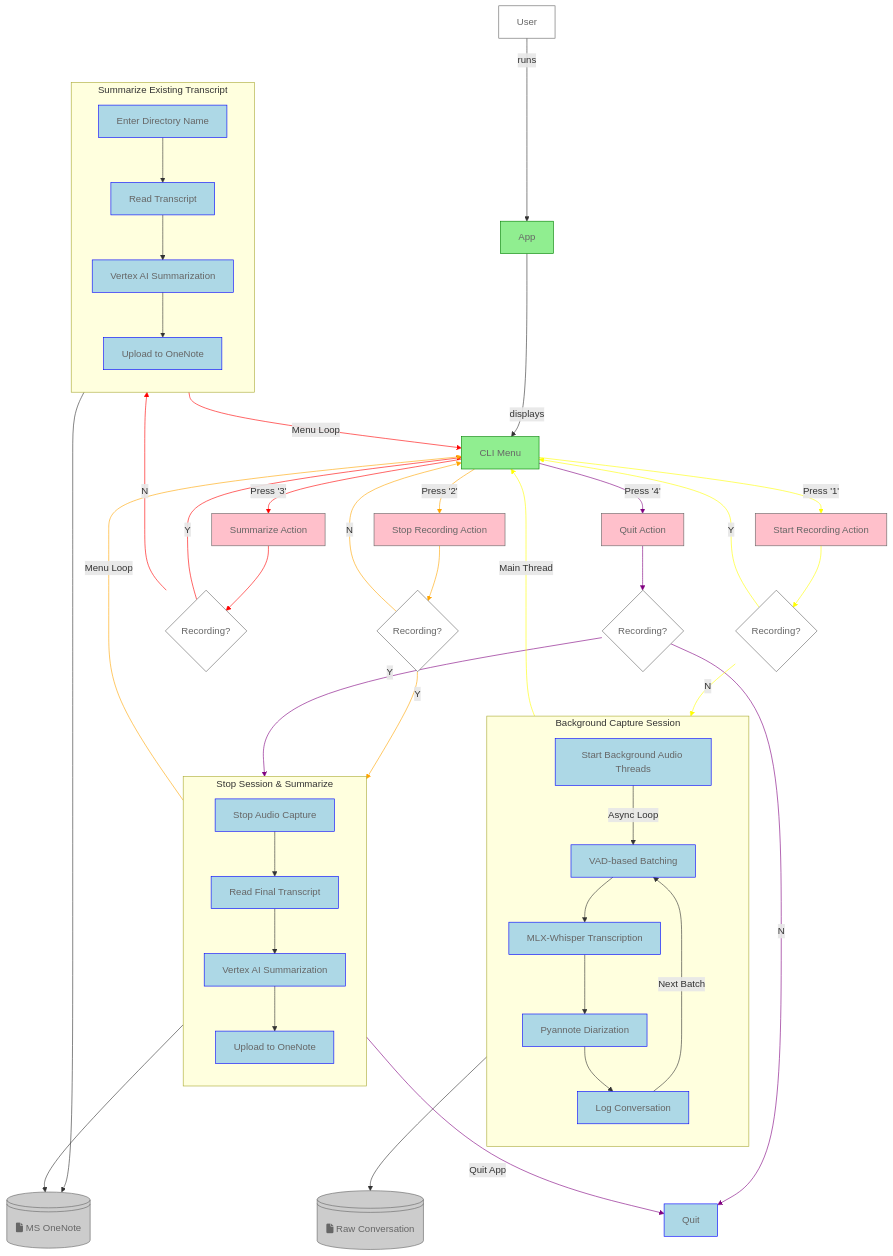
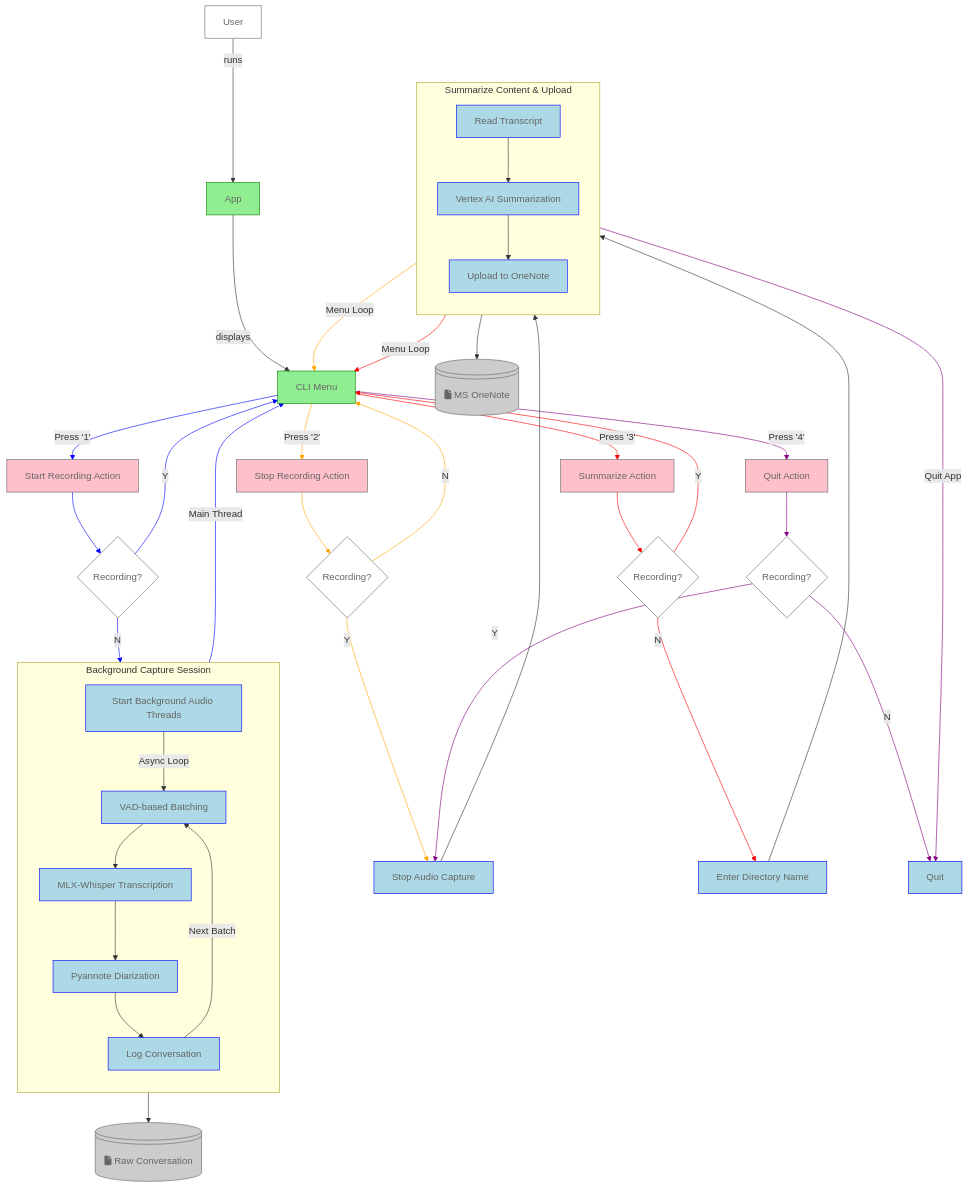
Before and after one commit to choonchernlim/you-talk-too-much-app: the diagram in README.md, drawn with Mermaid.

Commit message:
feat: add summarization feature for existing transcripts and update CLI menu

```diff
--- a/README.md
+++ b/README.md
@@ -49,21 +49,15 @@
        STEP1E[Log Conversation]:::toolClass
    end
 
-   subgraph StopProcess[Stop Session & Summarize]
+   STEP2A[Stop Audio Capture]:::toolClass
+   subgraph StopProcess[Summarize Content & Upload]
        direction TB
-       STEP2A[Stop Audio Capture]:::toolClass
-       STEP2B[Read Final Transcript]:::toolClass
+       STEP2B[Read Transcript]:::toolClass
        STEP2C[Vertex AI Summarization]:::toolClass
        STEP2D[Upload to OneNote]:::toolClass
    end
 
-   subgraph SummarizeProcess[Summarize Existing Transcript]
-       direction TB
-       STEP3A[Enter Directory Name]:::toolClass
-       STEP3B[Read Transcript]:::toolClass
-       STEP3C[Vertex AI Summarization]:::toolClass
-       STEP3D[Upload to OneNote]:::toolClass
-   end
+   STEP3A[Enter Directory Name]:::toolClass
 
    A -- runs --> APP
    APP -- displays --> MENU
@@ -97,12 +91,8 @@
    DEC3 OPT3_3@-- Y --> MENU
    DEC3 OPT3_4@-- N --> STEP3A
 
-   STEP3A --> STEP3B
-   STEP3B --> STEP3C
-   STEP3C --> STEP3D
-   STEP3D --> ONENOTE
-
-   STEP3D OPT3_5@-- Menu Loop --> MENU
+   STEP3A --> STEP2B
+   STEP2D OPT3_5@-- Menu Loop --> MENU
 
    MENU OPT4_1@-- Press '4' --> OPT4
    OPT4 OPT4_2@--> DEC4{Recording?}:::defClass
@@ -115,7 +105,7 @@
    class OPT3_1,OPT3_2,OPT3_3,OPT3_4,OPT3_5 line3Class;
    class OPT4_1,OPT4_2,OPT4_3,OPT4_4,OPT4_5 line4Class;
 
-   classDef line1Class stroke:yellow
+   classDef line1Class stroke:blue
    classDef line2Class stroke:orange
    classDef line3Class stroke:red
    classDef line4Class stroke:purple
```
